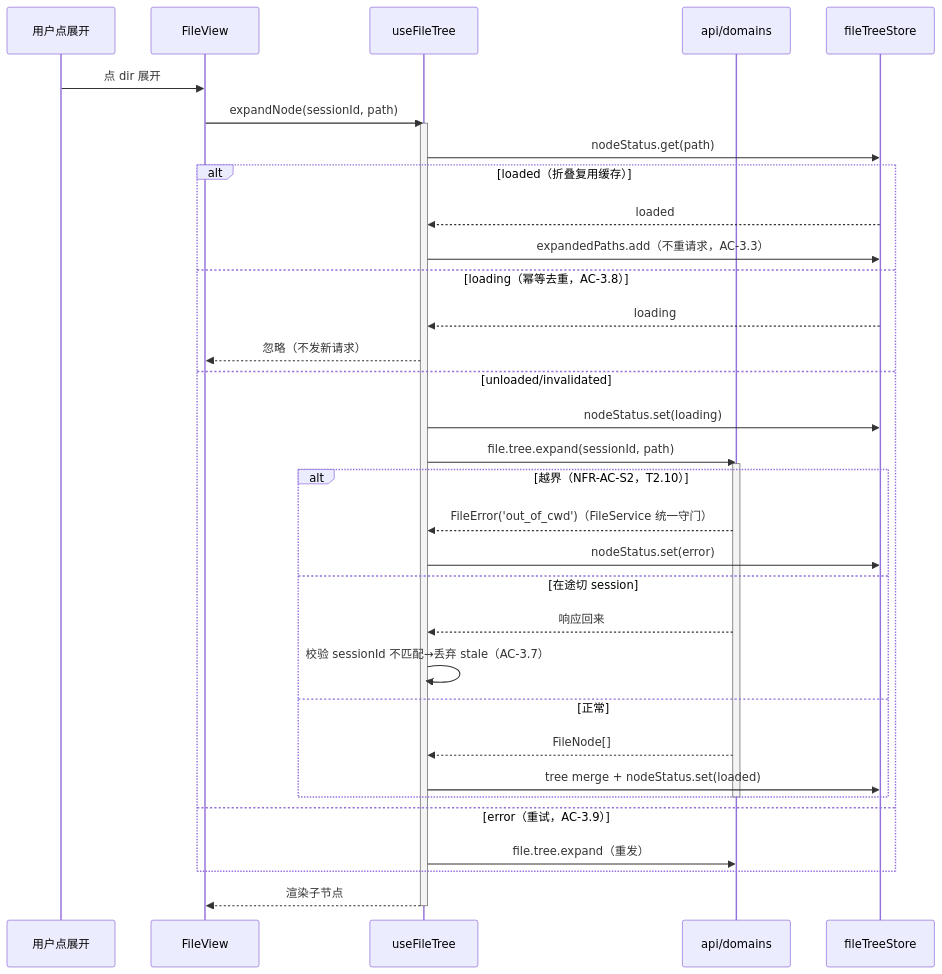
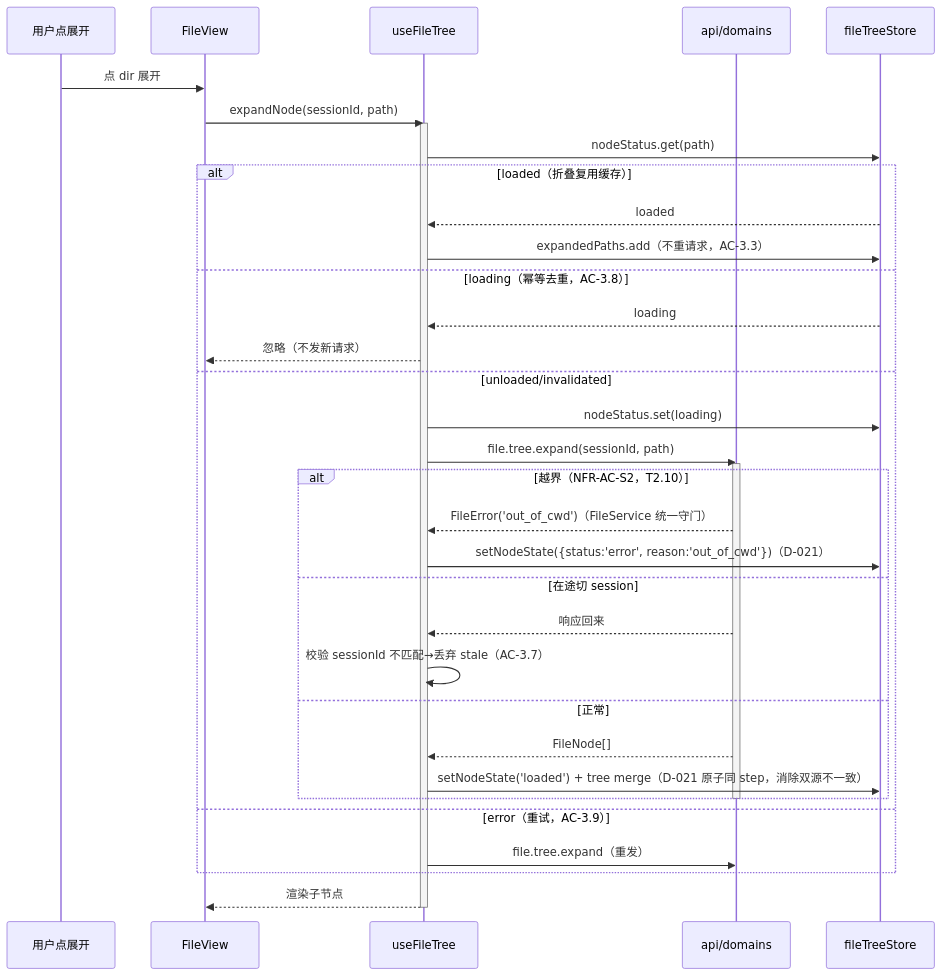
The third of 6 diagrams in .xyz-harness/2026-06-28-sidebar-project-file-tree/code-architecture.md (zhushanwen321/xyz-agent), drawn with Mermaid before and after one commit. The commit also changed other lines of this file and 3 other files, not shown here.

First line of the commit message:
docs(file-tree): design consistency audit + model relation diagram

````diff
--- a/.xyz-harness/2026-06-28-sidebar-project-file-tree/code-architecture.md
+++ b/.xyz-harness/2026-06-28-sidebar-project-file-tree/code-architecture.md
@@ -346,39 +349,39 @@
 ```mermaid
 sequenceDiagram
     participant U as 用户点展开
     participant V as FileView
     participant UF as useFileTree
     participant API as api/domains
     participant ST as fileTreeStore
 
     U->>V: 点 dir 展开
     V->>UF: expandNode(sessionId, path)
     activate UF
     UF->>ST: nodeStatus.get(path)
     alt loaded（折叠复用缓存）
         ST-->>UF: loaded
         UF->>ST: expandedPaths.add（不重请求，AC-3.3）
     else loading（幂等去重，AC-3.8）
         ST-->>UF: loading
         UF-->>V: 忽略（不发新请求）
     else unloaded/invalidated
         UF->>ST: nodeStatus.set(loading)
         UF->>API: file.tree.expand(sessionId, path)
         activate API
         alt 越界（NFR-AC-S2，T2.10）
             API-->>UF: FileError('out_of_cwd')（FileService 统一守门）
-            UF->>ST: nodeStatus.set(error)
+            UF->>ST: setNodeState({status:'error', reason:'out_of_cwd'})（D-021）
         else 在途切 session
             API-->>UF: 响应回来
             UF->>UF: 校验 sessionId 不匹配→丢弃 stale（AC-3.7）
         else 正常
             API-->>UF: FileNode[]
-            UF->>ST: tree merge + nodeStatus.set(loaded)
+            UF->>ST: setNodeState('loaded') + tree merge（D-021 原子同 step，消除双源不一致）
         end
         deactivate API
     else error（重试，AC-3.9）
         UF->>API: file.tree.expand（重发）
     end
     UF-->>V: 渲染子节点
     deactivate UF
 ```
````
